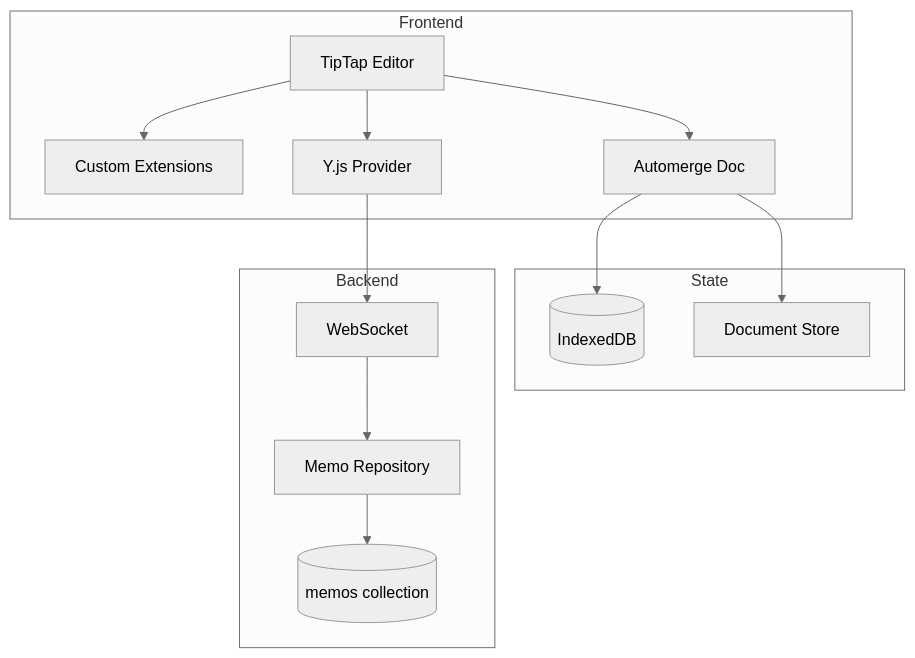
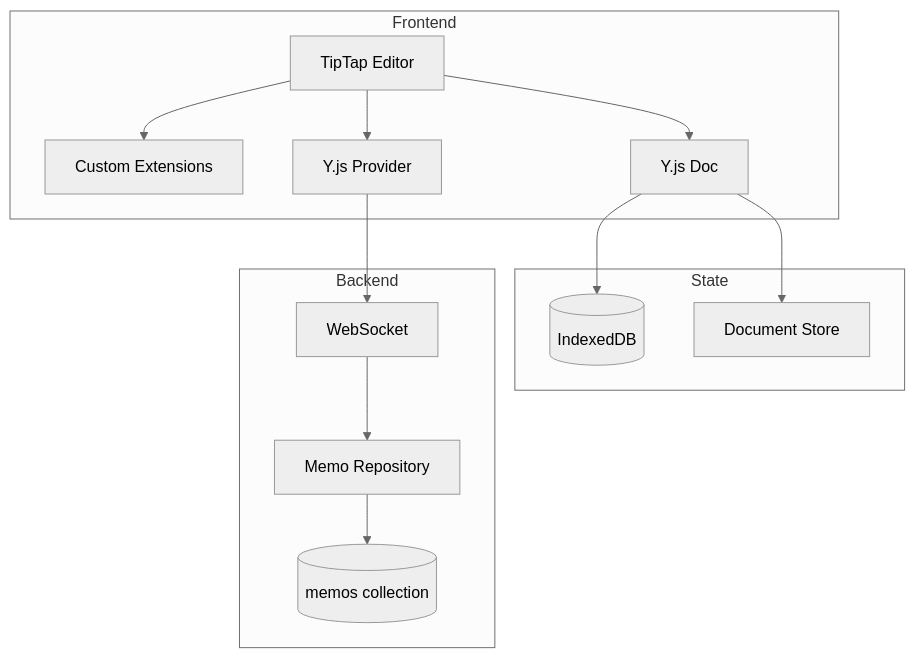
One commit to zubair-io/Just-Maple changed the diagram in docs/eng-memo-editor.md. Above: the diagram before and after it, drawn with Mermaid (neutral theme). The commit also changed other lines of this file and 24 other files, not shown here.

````diff
--- a/docs/eng-memo-editor.md
+++ b/docs/eng-memo-editor.md
@@ -7,29 +7,29 @@
 ```mermaid
 graph TB
     subgraph Frontend
         TipTap[TipTap Editor]
         Extensions[Custom Extensions]
-        Automerge[Automerge Doc]
+        Yjs[Y.js Doc]
         YProvider[Y.js Provider]
     end
 
     subgraph State
         IndexedDB[(IndexedDB)]
         Store[Document Store]
     end
 
     subgraph Backend
         WS[WebSocket]
         MemoRepo[Memo Repository]
         MongoDB[(memos collection)]
     end
 
     TipTap --> Extensions
-    TipTap --> Automerge
+    TipTap --> Yjs
     TipTap --> YProvider
-    Automerge --> IndexedDB
-    Automerge --> Store
+    Yjs --> IndexedDB
+    Yjs --> Store
     YProvider --> WS
     WS --> MemoRepo
     MemoRepo --> MongoDB
 ```
````
